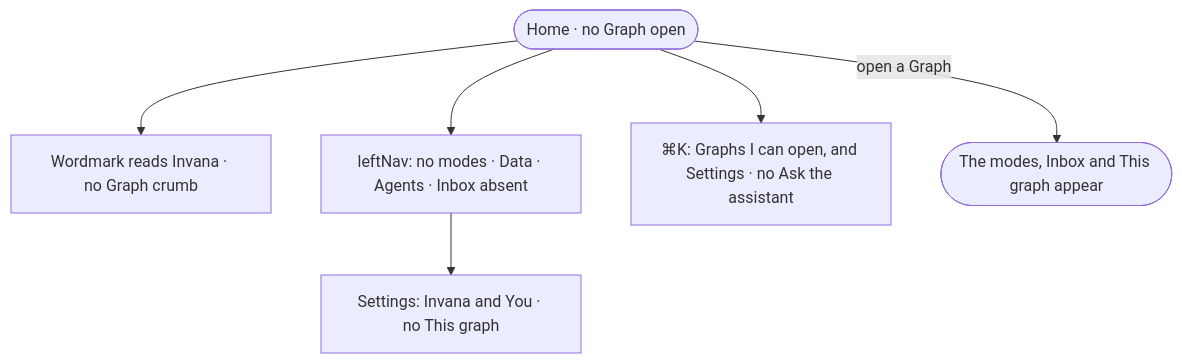
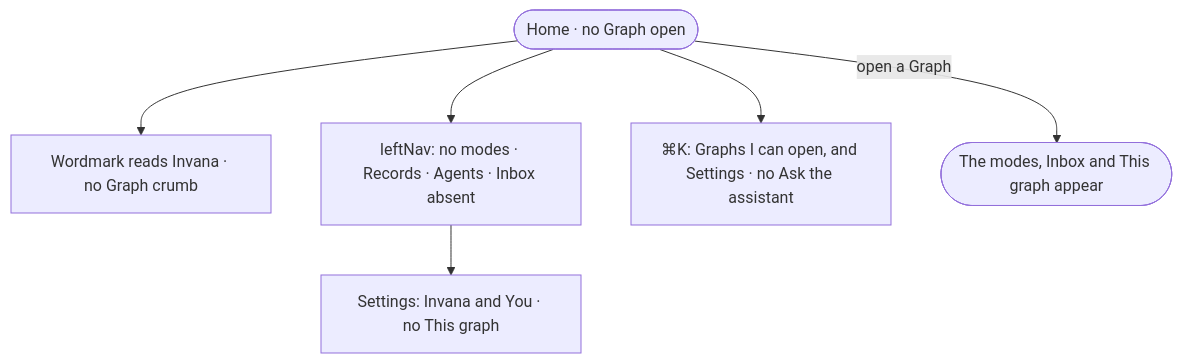
Before and after one commit to invana/invana: the diagram in specs/os/graph/features/GR-F01-open-a-graph/stories/GR-03-see-only-what-works-with-no-graph-open/story.md, drawn with Mermaid. The commit also changed other lines of this file and 637 other files, not shown here.

````diff
--- a/specs/os/graph/features/GR-F01-open-a-graph/stories/GR-03-see-only-what-works-with-no-graph-open/story.md
+++ b/specs/os/graph/features/GR-F01-open-a-graph/stories/GR-03-see-only-what-works-with-no-graph-open/story.md
@@ -26,8 +26,8 @@
 ```mermaid
 flowchart TD
   h([Home · no Graph open]) --> w["Wordmark reads Invana · no Graph crumb"]
-  h --> n["leftNav: no modes · Data · Agents · Inbox absent"]
+  h --> n["leftNav: no modes · Records · Agents · Inbox absent"]
   n --> st["Settings: Invana and You · no This graph"]
   h --> k["⌘K: Graphs I can open, and Settings · no Ask the assistant"]
   h -->|open a Graph| g(["The modes, Inbox and This graph appear"])
 ```
````
